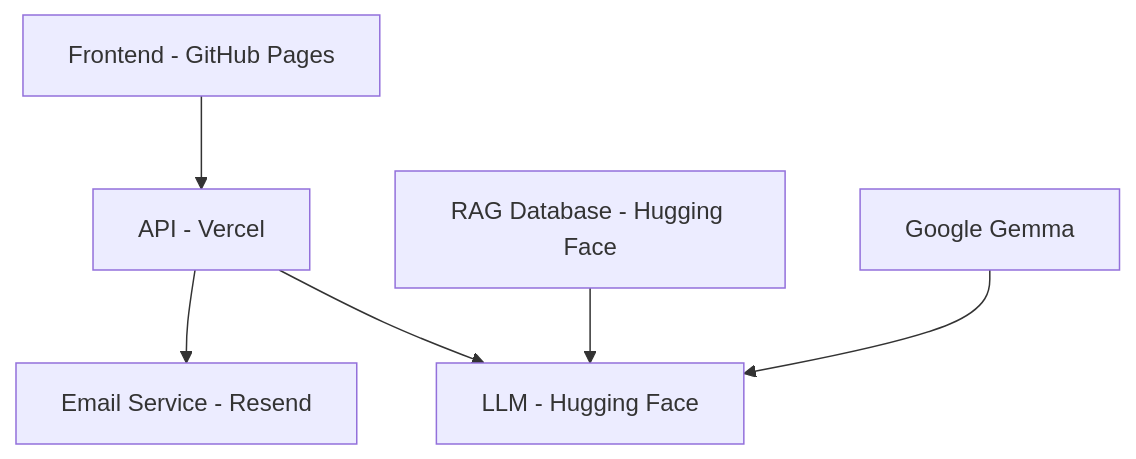
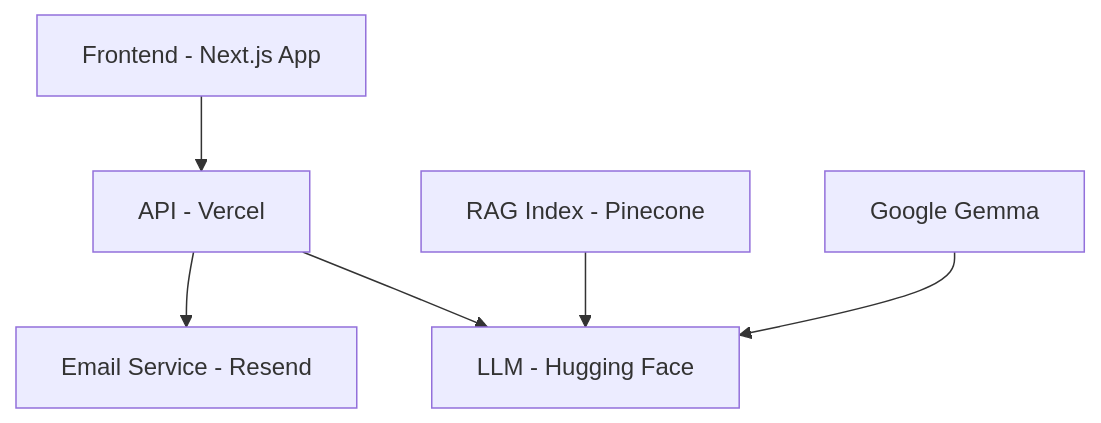
Before and after one commit to marcopyre/portfolio: the diagram in README.md, drawn with Mermaid. The commit also changed other lines of this file and 26 other files, not shown here.

````diff
--- a/README.md
+++ b/README.md
@@ -66,10 +65,10 @@
 ```mermaid
 graph TB
-    A[Frontend - GitHub Pages] --> B[API - Vercel]
+    A[Frontend - Next.js App] --> B[API - Vercel]
     B --> C[LLM - Hugging Face]
-    D[RAG Database - Hugging Face] --> C
+    D[RAG Index - Pinecone] --> C
     B --> E[Email Service - Resend]
 
     G[Google Gemma] --> C
 
 ```
````
